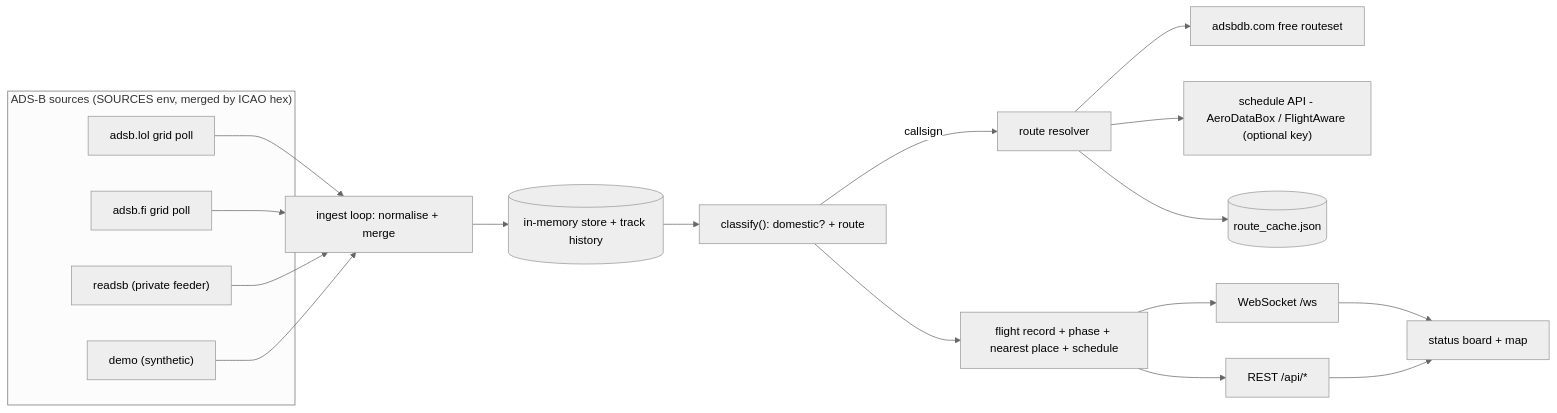
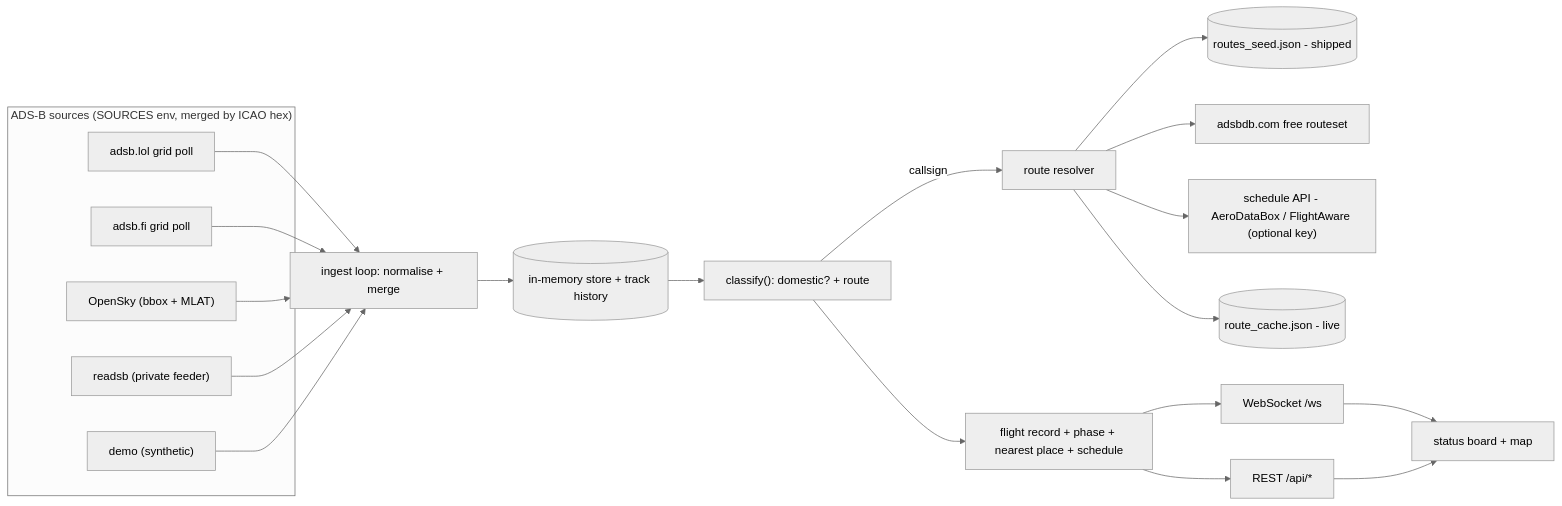
The diagram in README.md (aman-singh01/india-flight-status), drawn with Mermaid (neutral theme) before and after one commit. The commit also changed other lines of this file and 11 other files, not shown here.

First line of the commit message:
Widen free coverage: OpenSky source + shipped route seed

````diff
--- a/README.md
+++ b/README.md
@@ -36,24 +36,27 @@
 ```mermaid
 flowchart LR
   subgraph Sources["ADS-B sources (SOURCES env, merged by ICAO hex)"]
     A[adsb.lol grid poll]
     B[adsb.fi grid poll]
+    E["OpenSky (bbox + MLAT)"]
     C["readsb (private feeder)"]
     D["demo (synthetic)"]
   end
   A --> I
   B --> I
+  E --> I
   C --> I
   D --> I
   I[ingest loop: normalise + merge] --> S[(in-memory store + track history)]
   S --> K["classify(): domestic? + route"]
   K -->|callsign| R[route resolver]
+  R --> R0[(routes_seed.json - shipped)]
   R --> R1[adsbdb.com free routeset]
   R --> R2["schedule API - AeroDataBox / FlightAware (optional key)"]
-  R --> RC[(route_cache.json)]
+  R --> RC[(route_cache.json - live)]
   K --> M[flight record + phase + nearest place + schedule]
   M --> WS[WebSocket /ws]
   M --> API[REST /api/*]
   WS --> UI[status board + map]
   API --> UI
 ```
````
